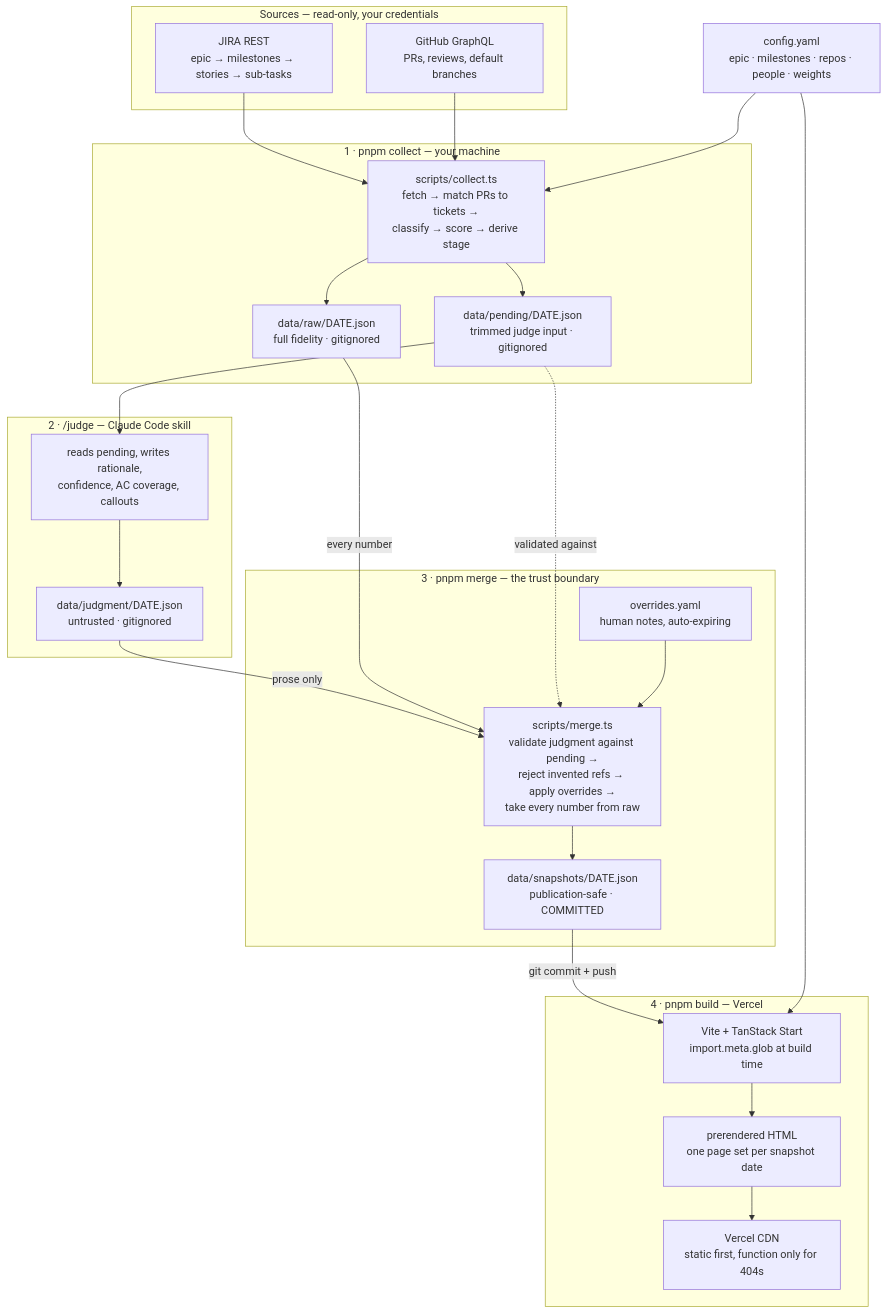
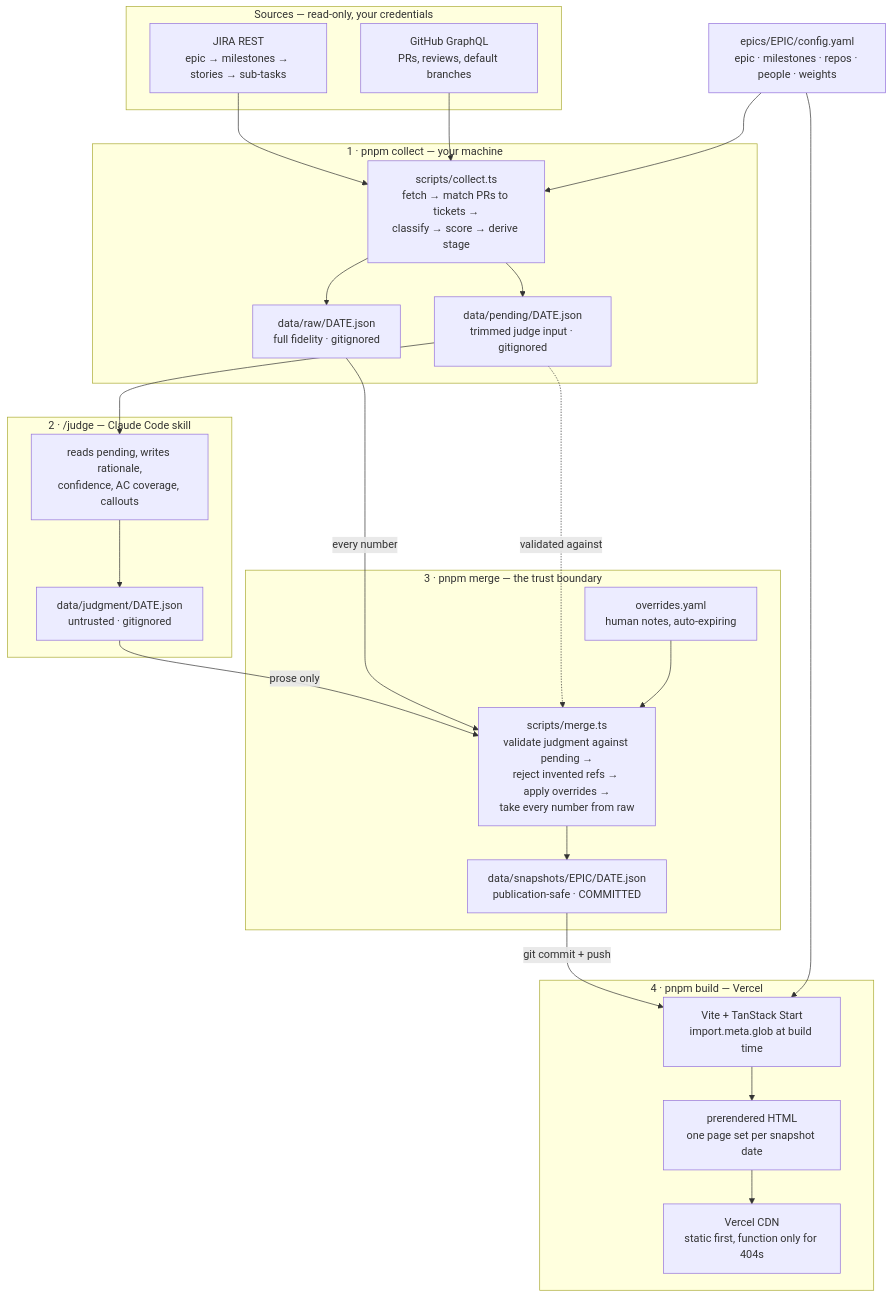
The diagram in README.md (ruzwid/bounce-epic-dash), drawn with Mermaid before and after one commit. The commit also changed other lines of this file and 97 other files, not shown here.

````diff
--- a/README.md
+++ b/README.md
@@ -20,48 +28,48 @@
 ```mermaid
 flowchart TB
     subgraph sources["Sources — read-only, your credentials"]
         JIRA["JIRA REST<br/>epic → milestones → stories → sub-tasks"]
         GH["GitHub GraphQL<br/>PRs, reviews, default branches"]
     end
 
-    CFG["config.yaml<br/>epic · milestones · repos · people · weights"]
+    CFG["epics/EPIC/config.yaml<br/>epic · milestones · repos · people · weights"]
 
     subgraph collect["1 · pnpm collect — your machine"]
         C["scripts/collect.ts<br/>fetch → match PRs to tickets →<br/>classify → score → derive stage"]
         RAW["data/raw/DATE.json<br/>full fidelity · gitignored"]
         PEND["data/pending/DATE.json<br/>trimmed judge input · gitignored"]
     end
 
     subgraph judge["2 · /judge — Claude Code skill"]
         J["reads pending, writes rationale,<br/>confidence, AC coverage, callouts"]
         JUD["data/judgment/DATE.json<br/>untrusted · gitignored"]
     end
 
     subgraph merge["3 · pnpm merge — the trust boundary"]
         V["scripts/merge.ts<br/>validate judgment against pending →<br/>reject invented refs → apply overrides →<br/>take every number from raw"]
         OVR["overrides.yaml<br/>human notes, auto-expiring"]
-        SNAP["data/snapshots/DATE.json<br/>publication-safe · COMMITTED"]
+        SNAP["data/snapshots/EPIC/DATE.json<br/>publication-safe · COMMITTED"]
     end
 
     subgraph publish["4 · pnpm build — Vercel"]
         B["Vite + TanStack Start<br/>import.meta.glob at build time"]
         HTML["prerendered HTML<br/>one page set per snapshot date"]
         CDN["Vercel CDN<br/>static first, function only for 404s"]
     end
 
     JIRA --> C
     GH --> C
     CFG --> C
     C --> RAW
     C --> PEND
     PEND --> J
     J --> JUD
     JUD -->|"prose only"| V
     RAW -->|"every number"| V
     PEND -.->|"validated against"| V
     OVR --> V
     V --> SNAP
     SNAP -->|"git commit + push"| B
     CFG --> B
     B --> HTML --> CDN
 ```
````
